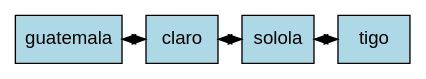
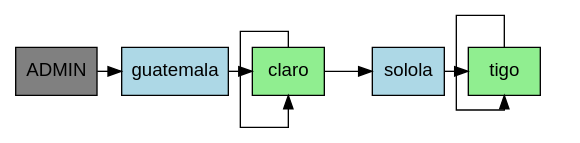
Before and after one commit to DavidVelasquez77/EDD_PROYECTO1: the diagram in output/reporte_matriz.dot, drawn with Graphviz. The commit also changed 5 other files, not shown here.

```diff
--- a/output/reporte_matriz.dot
+++ b/output/reporte_matriz.dot
@@ -1,9 +1,19 @@
 digraph MatrizDispersa {
-  node [shape=box, style=filled, fillcolor=lightblue, fontname=Arial];
-  edge [dir=both];
+  node [shape=box, style=filled, fontname=Arial];
+  splines=ortho;
   rankdir=TB;
-  { rank=same; "guatemala" "claro" "solola" "tigo" }
+  "ADMIN" [fillcolor=gray, group=1, pos="0,0!"];
+  "guatemala" [fillcolor=lightblue, group=2, pos="2,0!"];
+  "ADMIN" -> "guatemala";
+  "claro" [fillcolor=lightblue, group=3, pos="3,0!"];
   "guatemala" -> "claro";
+  "claro" [fillcolor=lightgreen, group=1, pos="0,-1!"];
+  "claro" -> "claro";
+  "solola" [fillcolor=lightblue, group=4, pos="4,0!"];
   "claro" -> "solola";
+  "tigo" [fillcolor=lightblue, group=5, pos="5,0!"];
   "solola" -> "tigo";
+  "tigo" [fillcolor=lightgreen, group=1, pos="0,-1!"];
+  "tigo" -> "tigo";
+  { rank=same; "ADMIN" "guatemala" "claro" "solola" "tigo" }
 }
```
